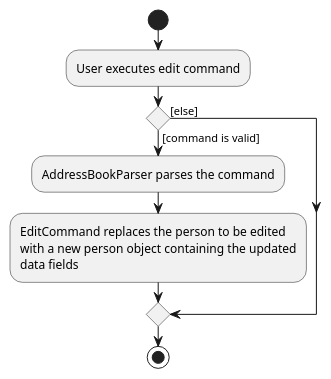
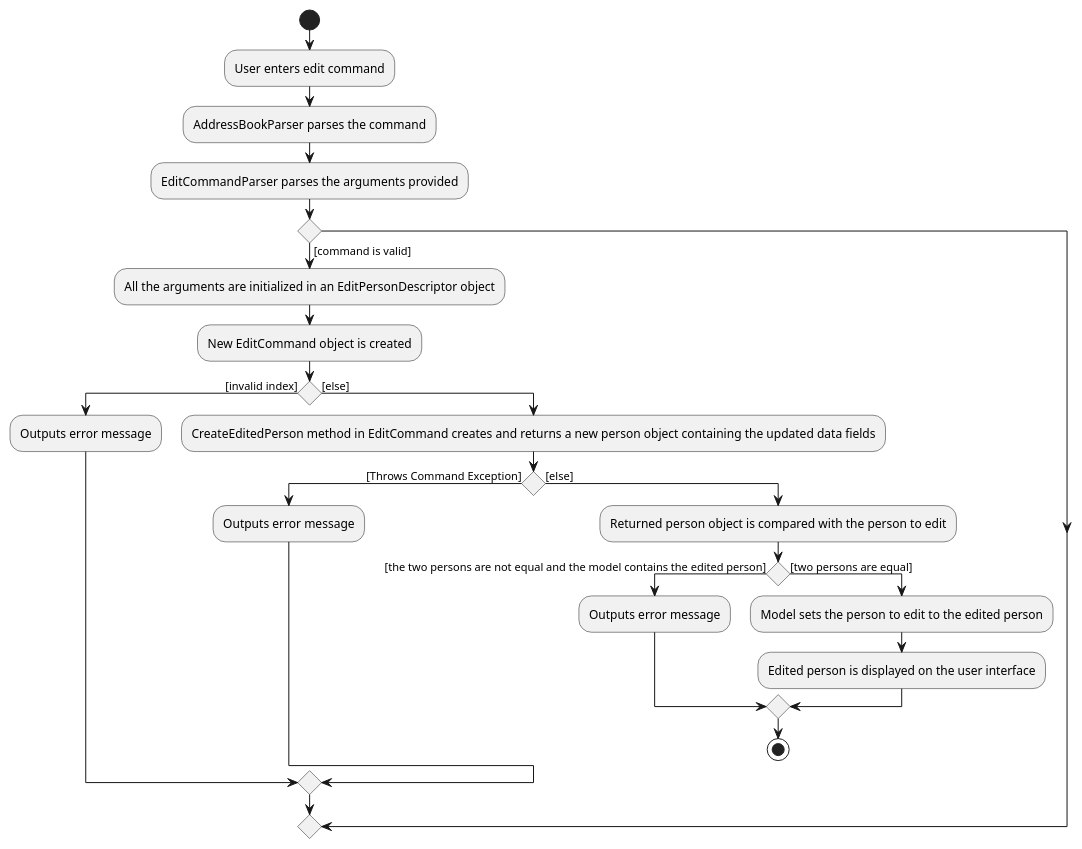
The diagram in docs/diagrams/EditActivityDiagram.puml (pranav-ganesh/tp), drawn with PlantUML before and after one commit. The commit also changed 5 other files, not shown here.

```diff
--- a/docs/diagrams/EditActivityDiagram.puml
+++ b/docs/diagrams/EditActivityDiagram.puml
@@ -1,16 +1,28 @@
 @startuml
+'https://plantuml.com/activity-diagram-beta
+
 start
-:User executes edit command;
+:User enters edit command;
+:AddressBookParser parses the command;
+:EditCommandParser parses the arguments provided;
+if () then ([command is valid])
+  :All the arguments are initialized in an EditPersonDescriptor object;
+  :New EditCommand object is created;
+  if() then ([invalid index])
+    :Outputs error message;
+    else ([else])
+    :CreateEditedPerson method in EditCommand creates and returns a new person object containing the updated data fields;
+    if() then ([Throws Command Exception])
+      :Outputs error message;
+      else ([else])
+      :Returned person object is compared with the person to edit;
+      if() then ([the two persons are not equal and the model contains the edited person])
+        :Outputs error message;
+        else ([two persons are equal])
+        :Model sets the person to edit to the edited person;
+        :Edited person is displayed on the user interface;
+endif
 
-'Since the beta syntax does not support placing the condition outside the
-'diamond we place it as the true branch instead.
+stop
 
-if () then ([command is valid])
-    :AddressBookParser parses the command;
-    :EditCommand replaces the person to be edited
-    with a new person object containing the updated
-    data fields;
-else ([else])
-endif
-stop
 @enduml
```
